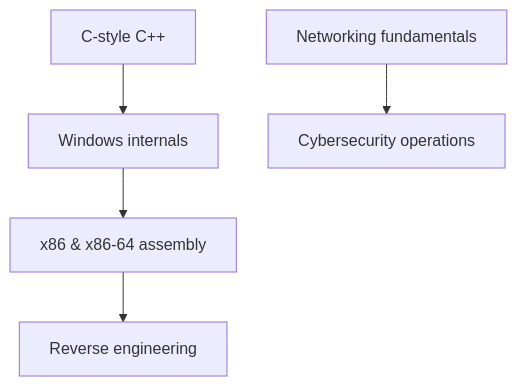
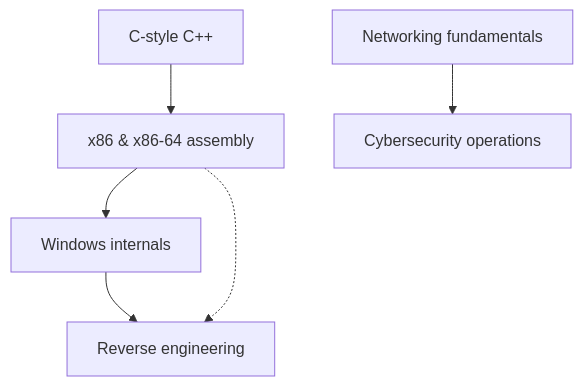
One commit to grimy86/CCI25 changed the diagram in readme.md. Above: the diagram before and after it, drawn with Mermaid.

Commit message:
Readme re-ordering

````diff
--- a/readme.md
+++ b/readme.md
@@ -16,8 +16,10 @@
 ```mermaid
 graph TD;
-	cpp[C-style C++] --> winint[Windows internals]
-	winint --> x86-64[x86 & x86-64 assembly]
-	x86-64 --> re[Reverse engineering]
+	cpp[C-style C++]
+	cpp --> x86-64[x86 & x86-64 assembly]
+	x86-64 --> winint[Windows internals]
+	winint --> re[Reverse engineering]
+	x86-64 -.-> re
 
 	nt[Networking fundamentals] --> csec[Cybersecurity operations]
 ```
````
